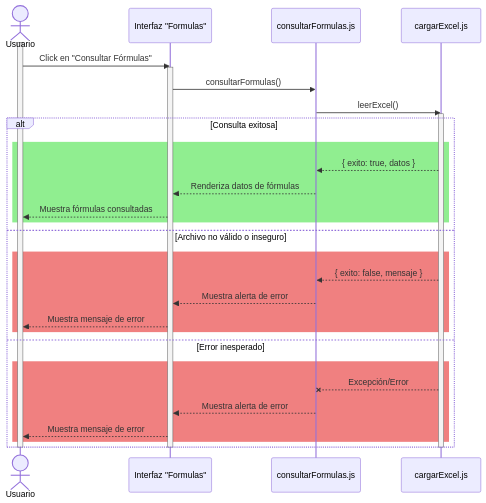
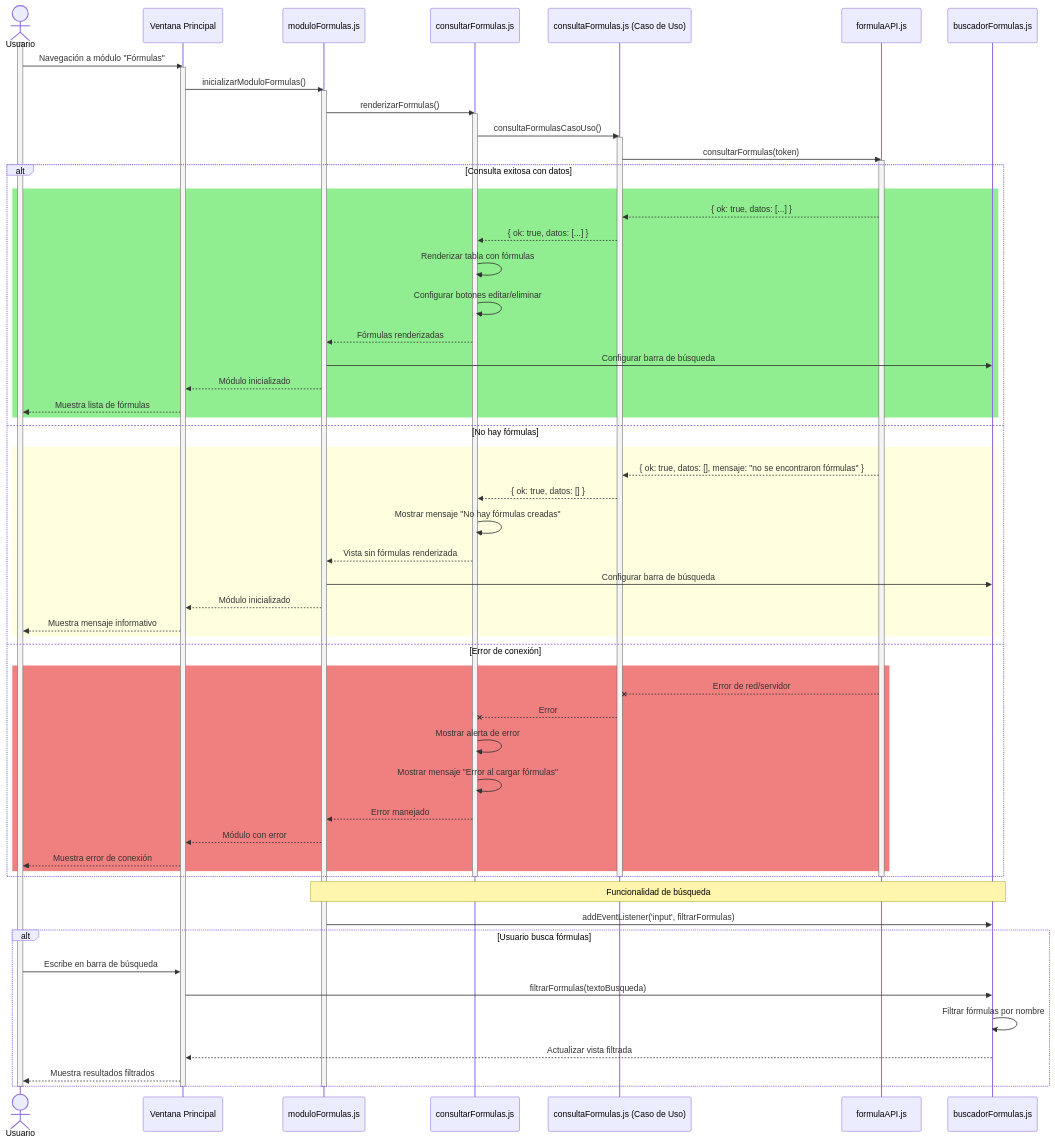
The first of 2 diagrams in documentation/docs/proyectos/tractores/documentacion/requisitos/RF21.md (CodeAnd-Co/Documentacion), drawn with Mermaid before and after one commit. The commit also changed other lines of this file and 34 other files, not shown here.

````diff
--- a/documentation/docs/proyectos/tractores/documentacion/requisitos/RF21.md
+++ b/documentation/docs/proyectos/tractores/documentacion/requisitos/RF21.md
@@ -27,36 +32,76 @@
 ```mermaid
 sequenceDiagram
     actor Usuario
-    participant vistaFormulas as Interfaz "Formulas"
-    participant utilFormulas as consultarFormulas.js
-    participant backend as cargarExcel.js
+    participant vistaPrincipal as Ventana Principal
+    participant moduloFormulas as moduloFormulas.js
+    participant consultarFormulas as consultarFormulas.js
+    participant casoUso as consultaFormulas.js (Caso de Uso)
+    participant formulaAPI as formulaAPI.js
+    participant buscador as buscadorFormulas.js
 
     activate Usuario
-    Usuario->>vistaFormulas: Click en "Consultar Fórmulas"
-    activate vistaFormulas
-    vistaFormulas->>utilFormulas: consultarFormulas()
-    utilFormulas->>backend: leerExcel()
-    activate backend
-    alt Consulta exitosa
+    Usuario->>vistaPrincipal: Navegación a módulo "Fórmulas"
+    activate vistaPrincipal
+    vistaPrincipal->>moduloFormulas: inicializarModuloFormulas()
+    activate moduloFormulas
+    moduloFormulas->>consultarFormulas: renderizarFormulas()
+    activate consultarFormulas
+    consultarFormulas->>casoUso: consultaFormulasCasoUso()
+    activate casoUso
+    casoUso->>formulaAPI: consultarFormulas(token)
+    activate formulaAPI
+    
+    alt Consulta exitosa con datos
         rect Lightgreen
-        backend-->>utilFormulas: { exito: true, datos }
-        utilFormulas-->>vistaFormulas: Renderiza datos de fórmulas
-        vistaFormulas-->>Usuario: Muestra fórmulas consultadas
+        formulaAPI-->>casoUso: { ok: true, datos: [...] }
+        casoUso-->>consultarFormulas: { ok: true, datos: [...] }
+        consultarFormulas->>consultarFormulas: Renderizar tabla con fórmulas
+        consultarFormulas->>consultarFormulas: Configurar botones editar/eliminar
+        consultarFormulas-->>moduloFormulas: Fórmulas renderizadas
+        moduloFormulas->>buscador: Configurar barra de búsqueda
+        moduloFormulas-->>vistaPrincipal: Módulo inicializado
+        vistaPrincipal-->>Usuario: Muestra lista de fórmulas
         end
-    else Archivo no válido o inseguro
+        
+    else No hay fórmulas
+        rect LightYellow
+        formulaAPI-->>casoUso: { ok: true, datos: [], mensaje: "no se encontraron fórmulas" }
+        casoUso-->>consultarFormulas: { ok: true, datos: [] }
+        consultarFormulas->>consultarFormulas: Mostrar mensaje "No hay fórmulas creadas"
+        consultarFormulas-->>moduloFormulas: Vista sin fórmulas renderizada
+        moduloFormulas->>buscador: Configurar barra de búsqueda
+        moduloFormulas-->>vistaPrincipal: Módulo inicializado
+        vistaPrincipal-->>Usuario: Muestra mensaje informativo
+        end
+        
+    else Error de conexión
         rect Lightcoral
-        backend-->>utilFormulas: { exito: false, mensaje }
-        utilFormulas-->>vistaFormulas: Muestra alerta de error
-        vistaFormulas-->>Usuario: Muestra mensaje de error
-        end
-    else Error inesperado
-        rect Lightcoral
-        backend--x utilFormulas: Excepción/Error
-        utilFormulas-->>vistaFormulas: Muestra alerta de error
-        vistaFormulas-->>Usuario: Muestra mensaje de error
+        formulaAPI--x casoUso: Error de red/servidor
+        casoUso--x consultarFormulas: Error
+        consultarFormulas->>consultarFormulas: Mostrar alerta de error
+        consultarFormulas->>consultarFormulas: Mostrar mensaje "Error al cargar fórmulas"
+        consultarFormulas-->>moduloFormulas: Error manejado
+        moduloFormulas-->>vistaPrincipal: Módulo con error
+        vistaPrincipal-->>Usuario: Muestra error de conexión
         end
     end
-    deactivate backend
-    deactivate vistaFormulas
+    
+    deactivate formulaAPI
+    deactivate casoUso
+    deactivate consultarFormulas
+    
+    Note over moduloFormulas, buscador: Funcionalidad de búsqueda
+    moduloFormulas->>buscador: addEventListener('input', filtrarFormulas)
+    
+    alt Usuario busca fórmulas
+        Usuario->>vistaPrincipal: Escribe en barra de búsqueda
+        vistaPrincipal->>buscador: filtrarFormulas(textoBusqueda)
+        buscador->>buscador: Filtrar fórmulas por nombre
+        buscador-->>vistaPrincipal: Actualizar vista filtrada
+        vistaPrincipal-->>Usuario: Muestra resultados filtrados
+    end
+    
+    deactivate moduloFormulas
+    deactivate vistaPrincipal
     deactivate Usuario
 ```
````
